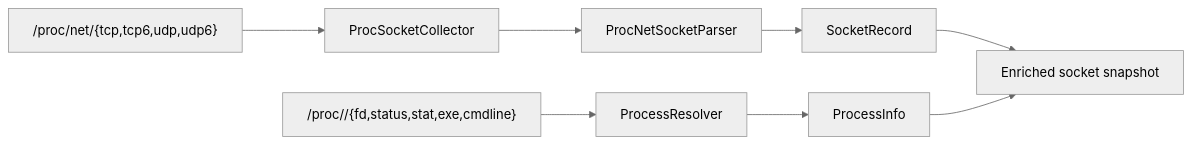
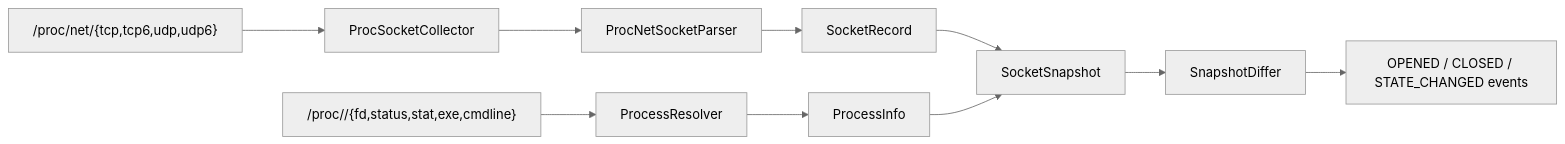
Before and after one commit to ShayaanRashedin/netwatch: the diagram in README.md, drawn with Mermaid (neutral theme). The commit also changed other lines of this file and 10 other files, not shown here.

````diff
--- a/README.md
+++ b/README.md
@@ -28,10 +34,12 @@
 ```mermaid
 flowchart LR
     A["/proc/net/{tcp,tcp6,udp,udp6}"] --> B[ProcSocketCollector]
     B --> C[ProcNetSocketParser]
     D["/proc/<pid>/{fd,status,stat,exe,cmdline}"] --> E[ProcessResolver]
     C --> F[SocketRecord]
     E --> G[ProcessInfo]
-    F --> H[Enriched socket snapshot]
+    F --> H[SocketSnapshot]
     G --> H
+    H --> I[SnapshotDiffer]
+    I --> J["OPENED / CLOSED / STATE_CHANGED events"]
 ```
````
